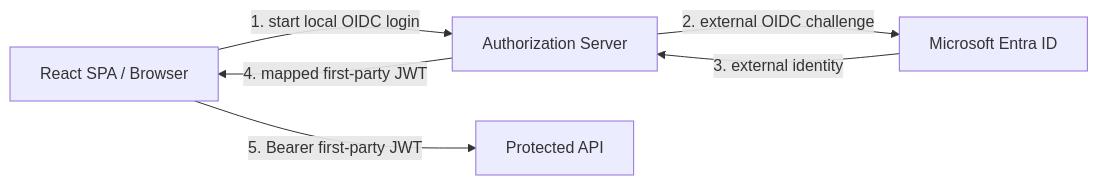
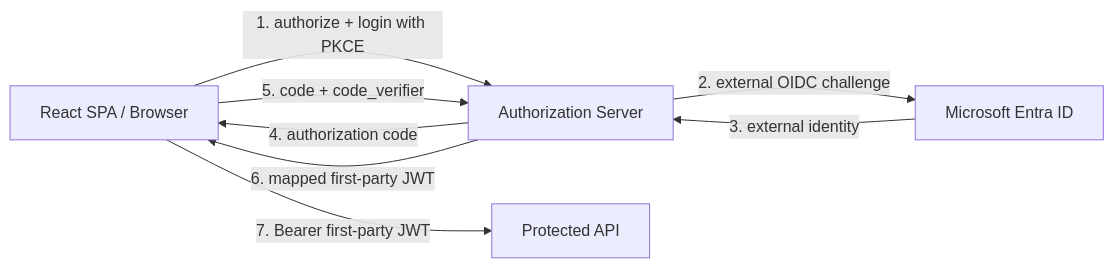
The second of 10 diagrams in README.md (haoyucheng369-gif/identity-platform), drawn with Mermaid before and after one commit. The commit also changed other lines of this file, not shown here.

Commit message:
Align README auth diagrams with request flow

````diff
--- a/README.md
+++ b/README.md
@@ -43,13 +45,15 @@
 ```mermaid
 flowchart LR
     Browser[React SPA / Browser]
     Auth[Authorization Server]
     Entra[Microsoft Entra ID]
     API[Protected API]
 
-    Browser -->|1. start local OIDC login| Auth
+    Browser -->|1. authorize + login with PKCE| Auth
     Auth -->|2. external OIDC challenge| Entra
     Entra -->|3. external identity| Auth
-    Auth -->|4. mapped first-party JWT| Browser
-    Browser -->|5. Bearer first-party JWT| API
+    Auth -->|4. authorization code| Browser
+    Browser -->|5. code + code_verifier| Auth
+    Auth -->|6. mapped first-party JWT| Browser
+    Browser -->|7. Bearer first-party JWT| API
 ```
````
